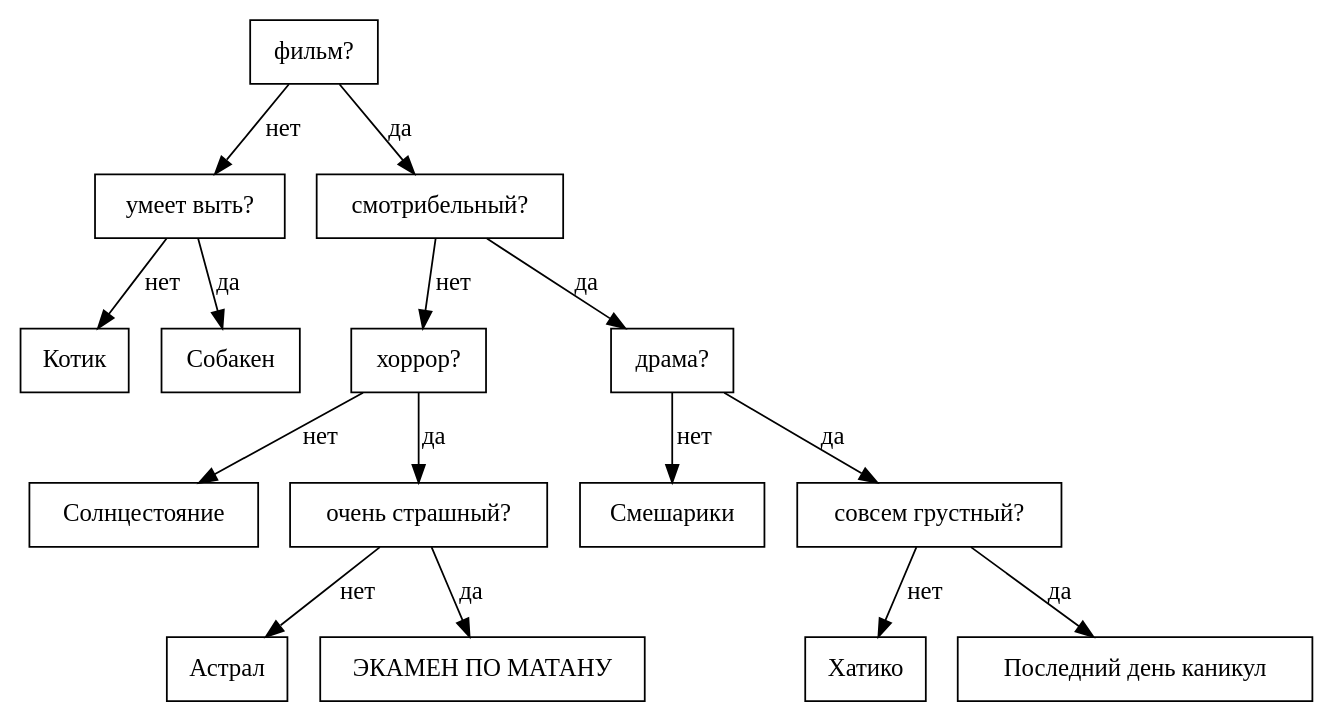
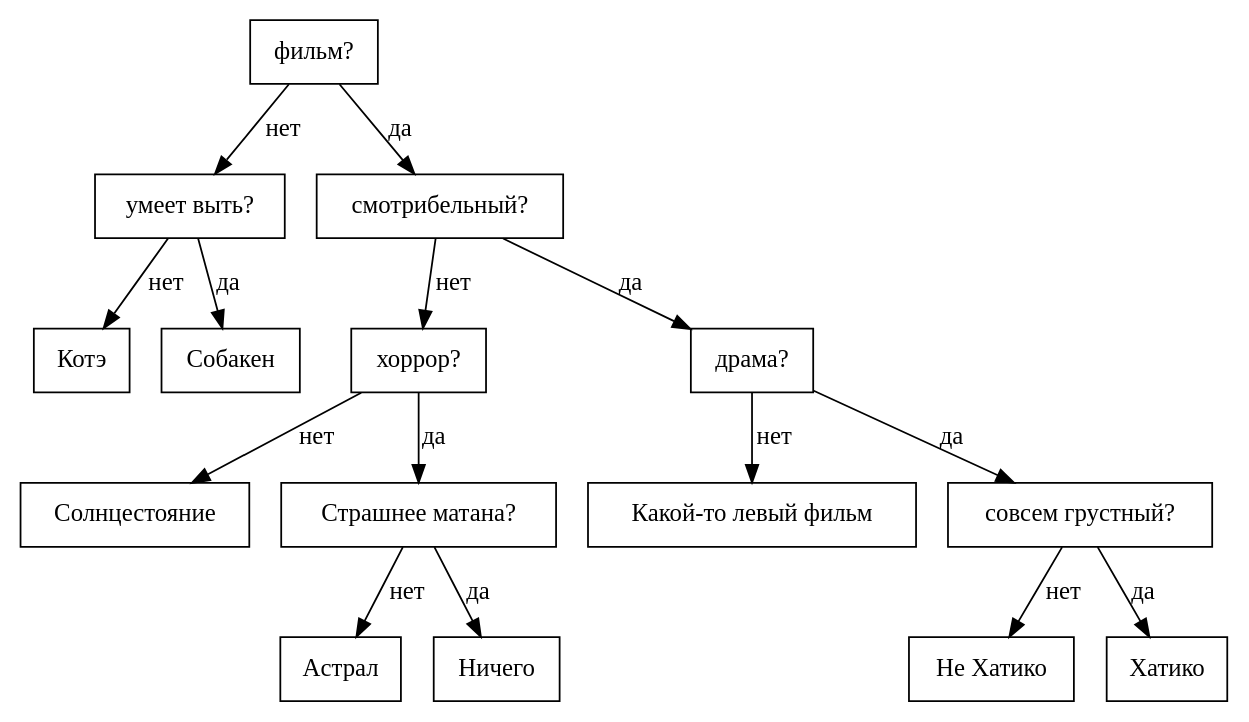
The diagram in graph.dot (houcha/IY-language), drawn with Graphviz before and after one commit. The commit also changed 4 other files, not shown here.

```diff
--- a/graph.dot
+++ b/graph.dot
@@ -1,17 +1,17 @@
 digraph {
 	node [shape=box]
 	"фильм?" -> "умеет выть?" [label="нет"];
-	"умеет выть?" -> "Котик" [label="нет"];
+	"умеет выть?" -> "Котэ" [label="нет"];
 	"умеет выть?" -> "Собакен" [label="да"];
 	"фильм?" -> "смотрибельный?" [label="да"];
 	"смотрибельный?" -> "хоррор?" [label="нет"];
 	"хоррор?" -> "Солнцестояние" [label="нет"];
-	"хоррор?" -> "очень страшный?" [label="да"];
-	"очень страшный?" -> "Астрал" [label="нет"];
-	"очень страшный?" -> "ЭКАМЕН ПО МАТАНУ" [label="да"];
+	"хоррор?" -> "Страшнее матана?" [label="да"];
+	"Страшнее матана?" -> "Aстрал" [label="нет"];
+	"Страшнее матана?" -> "Ничего" [label="да"];
 	"смотрибельный?" -> "драма?" [label="да"];
-	"драма?" -> "Смешарики" [label="нет"];
+	"драма?" -> "Какой-то левый фильм" [label="нет"];
 	"драма?" -> "совсем грустный?" [label="да"];
-	"совсем грустный?" -> "Хатико" [label="нет"];
-	"совсем грустный?" -> "Последний день каникул" [label="да"];
+	"совсем грустный?" -> "Не Хатико" [label="нет"];
+	"совсем грустный?" -> "Хатико" [label="да"];
 }
```
